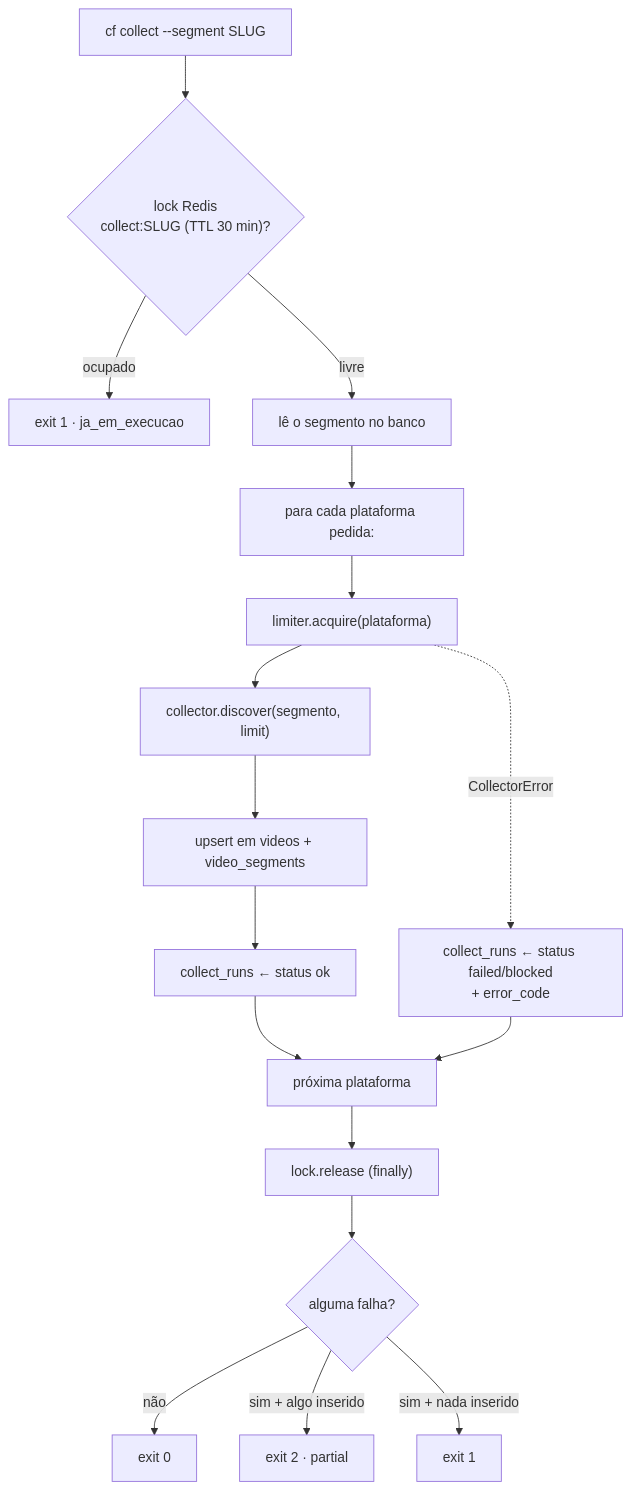
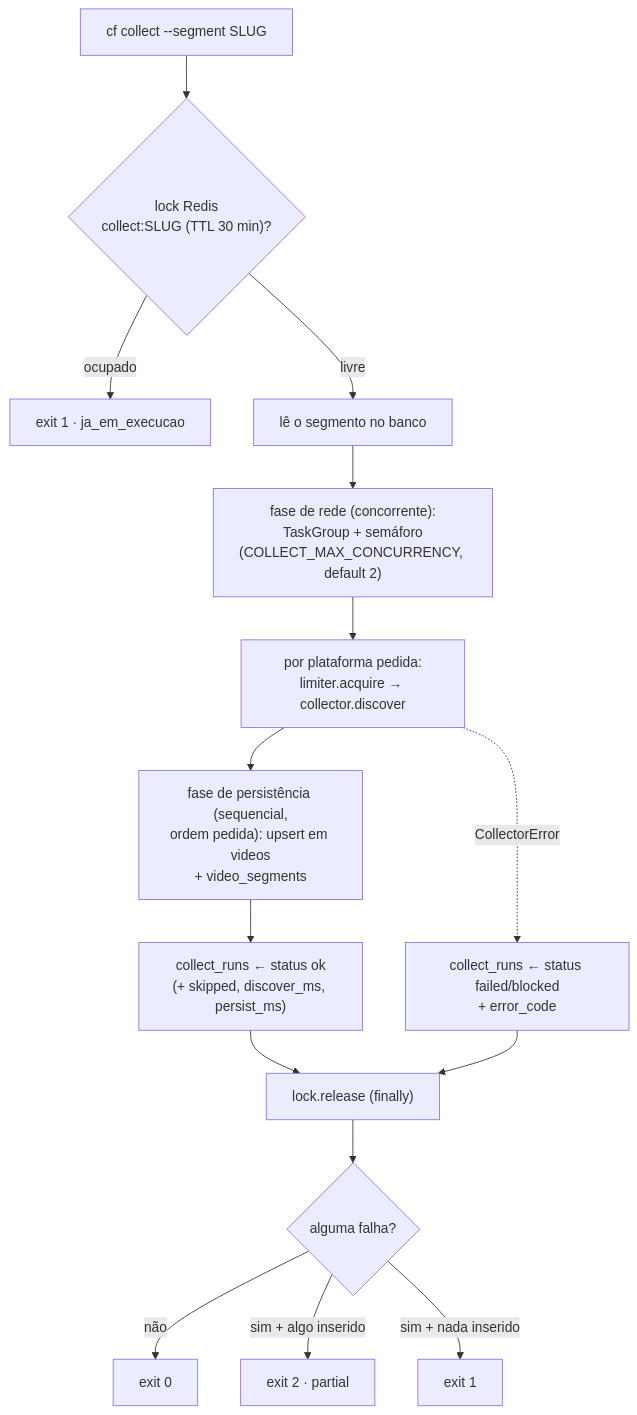
Before and after one commit to leonardodg/content-factory: the diagram in docs/manual/fluxo-busca.md, drawn with Mermaid. The commit also changed other lines of this file and 7 other files, not shown here.

````diff
--- a/docs/manual/fluxo-busca.md
+++ b/docs/manual/fluxo-busca.md
@@ -12,19 +12,17 @@
 ```mermaid
 flowchart TD
     A["cf collect --segment SLUG"] --> B{"lock Redis<br/>collect:SLUG (TTL 30 min)?"}
     B -- ocupado --> E1["exit 1 · ja_em_execucao"]
     B -- livre --> C["lê o segmento no banco"]
-    C --> D["para cada plataforma pedida:"]
-    D --> F["limiter.acquire(plataforma)"]
-    F --> G["collector.discover(segmento, limit)"]
-    G --> H["upsert em videos + video_segments"]
-    H --> I["collect_runs ← status ok"]
+    C --> D["fase de rede (concorrente):<br/>TaskGroup + semáforo<br/>(COLLECT_MAX_CONCURRENCY, default 2)"]
+    D --> F["por plataforma pedida:<br/>limiter.acquire → collector.discover"]
+    F --> H["fase de persistência (sequencial,<br/>ordem pedida): upsert em videos<br/>+ video_segments"]
+    H --> I["collect_runs ← status ok<br/>(+ skipped, discover_ms, persist_ms)"]
     F -.->|CollectorError| J["collect_runs ← status failed/blocked<br/>+ error_code"]
-    I --> K["próxima plataforma"]
-    J --> K
-    K --> L["lock.release (finally)"]
+    I --> L["lock.release (finally)"]
+    J --> L
     L --> M{"alguma falha?"}
     M -- não --> N["exit 0"]
     M -- sim + algo inserido --> O["exit 2 · partial"]
     M -- sim + nada inserido --> P["exit 1"]
 ```
````
